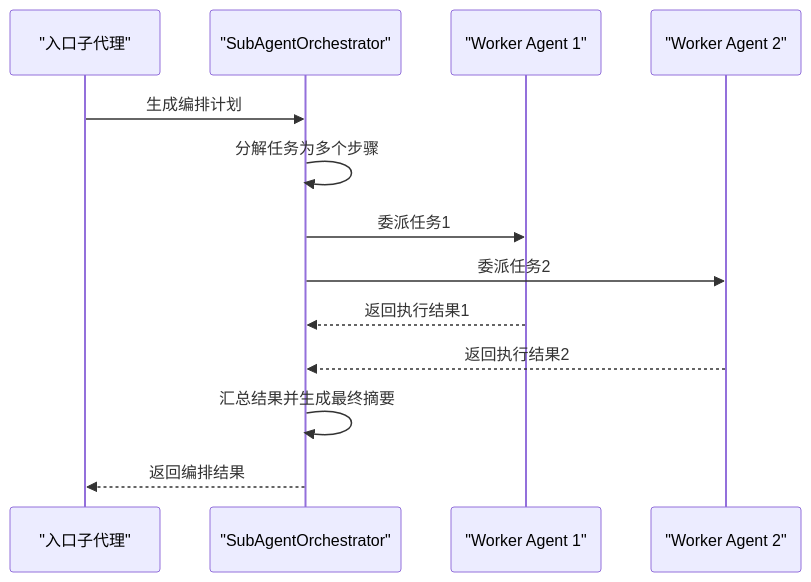
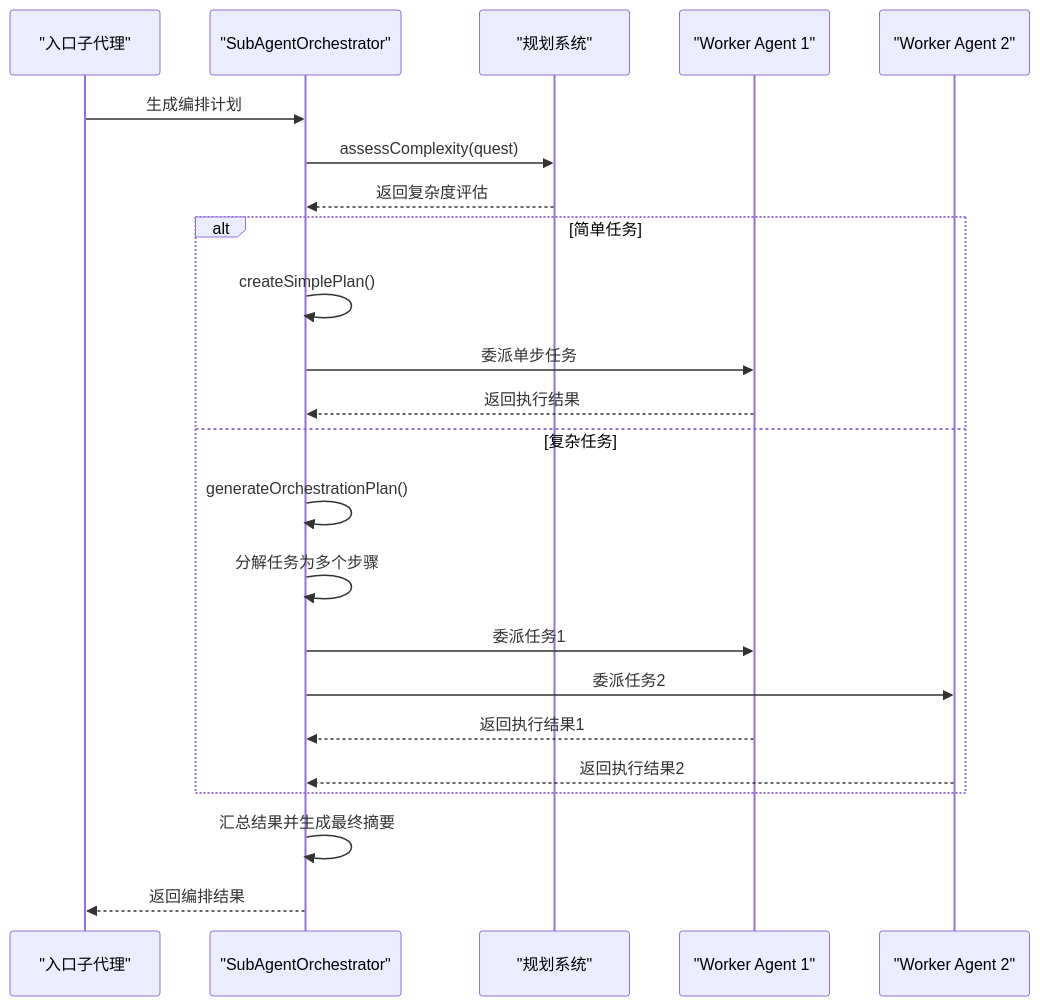
One commit to coconilu/RepoHelm changed the sixth of 8 diagrams in .qoder/repowiki/zh/content/核心服务模块/核心服务模块.md. Above: the diagram before and after it, drawn with Mermaid. The commit also changed other lines of this file and 16 other files, not shown here.

````diff
--- a/.qoder/repowiki/zh/content/核心服务模块/核心服务模块.md
+++ b/.qoder/repowiki/zh/content/核心服务模块/核心服务模块.md
@@ -336,15 +410,25 @@
 ```mermaid
 sequenceDiagram
 participant E as "入口子代理"
 participant S as "SubAgentOrchestrator"
+participant P as "规划系统"
 participant W1 as "Worker Agent 1"
 participant W2 as "Worker Agent 2"
 E->>S : 生成编排计划
+S->>P : assessComplexity(quest)
+P-->>S : 返回复杂度评估
+alt 简单任务
+S->>S : createSimplePlan()
+S->>W1 : 委派单步任务
+W1-->>S : 返回执行结果
+else 复杂任务
+S->>S : generateOrchestrationPlan()
 S->>S : 分解任务为多个步骤
 S->>W1 : 委派任务1
 S->>W2 : 委派任务2
 W1-->>S : 返回执行结果1
 W2-->>S : 返回执行结果2
+end
 S->>S : 汇总结果并生成最终摘要
 S-->>E : 返回编排结果
 ```
````
